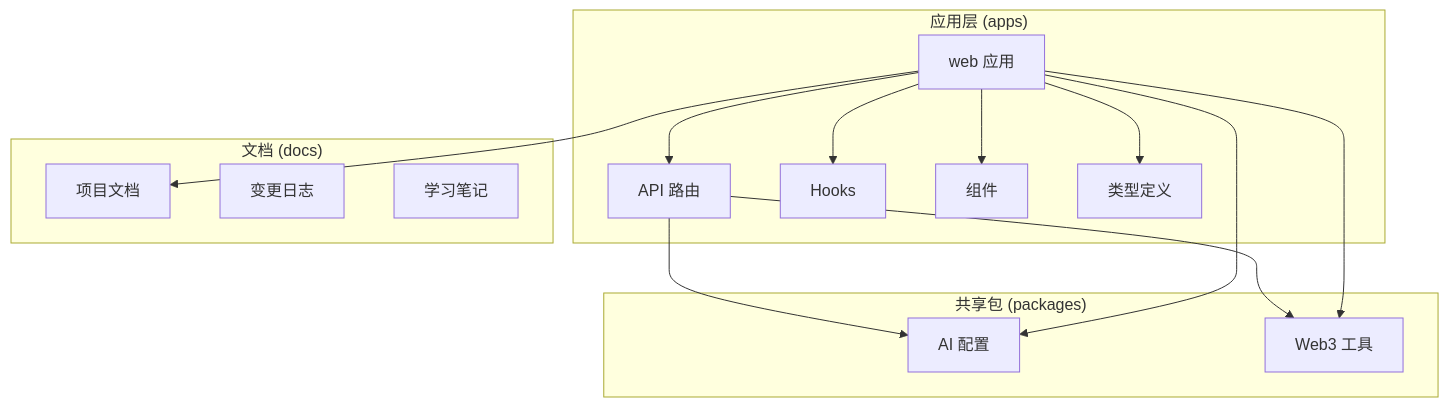
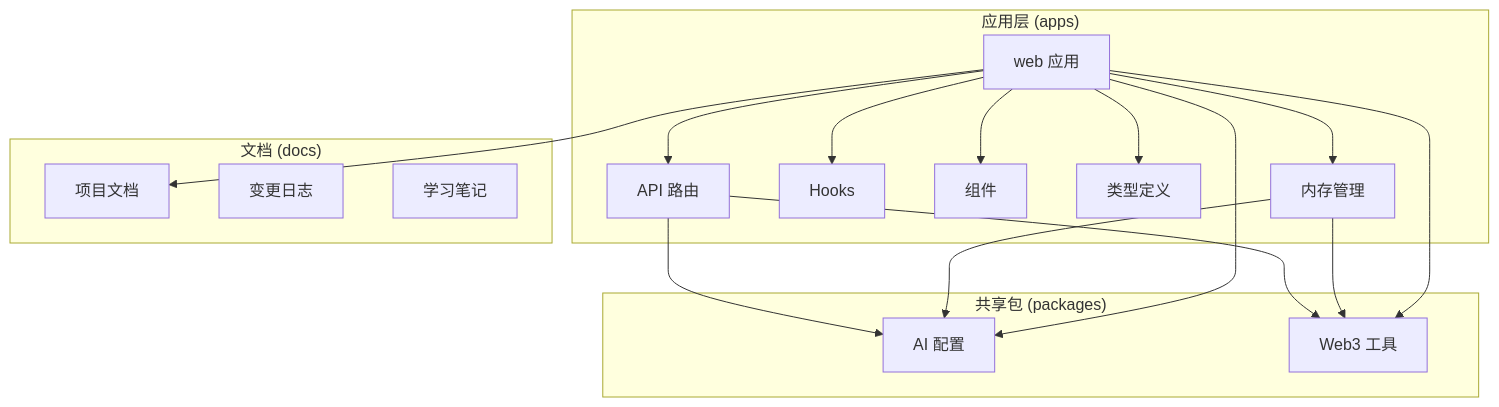
The first of 22 diagrams in .qoder/repowiki/zh/content/核心技能详解/SSE流式聊天系统.md (CryptoLinxu/Web3-AI-Agent), drawn with Mermaid before and after one commit. The commit also changed other lines of this file and 9 other files, not shown here.

````diff
--- a/.qoder/repowiki/zh/content/核心技能详解/SSE流式聊天系统.md
+++ b/.qoder/repowiki/zh/content/核心技能详解/SSE流式聊天系统.md
@@ -56,28 +64,32 @@
 ```mermaid
 graph TB
 subgraph "应用层 (apps)"
 WEB[web 应用]
 WEB_API[API 路由]
 WEB_HOOKS[Hooks]
 WEB_COMPONENTS[组件]
 WEB_TYPES[类型定义]
+WEB_MEMORY[内存管理]
 end
 subgraph "共享包 (packages)"
 AI_CONFIG[AI 配置]
 WEB3_TOOLS[Web3 工具]
 end
 subgraph "文档 (docs)"
 DOCS[项目文档]
 CHANGELOG[变更日志]
 LEARNING[学习笔记]
 end
 WEB --> WEB_API
 WEB --> WEB_HOOKS
 WEB --> WEB_COMPONENTS
 WEB --> WEB_TYPES
+WEB --> WEB_MEMORY
 WEB_API --> AI_CONFIG
 WEB_API --> WEB3_TOOLS
+WEB_MEMORY --> AI_CONFIG
+WEB_MEMORY --> WEB3_TOOLS
 WEB --> AI_CONFIG
 WEB --> WEB3_TOOLS
 WEB --> DOCS
 ```
````
